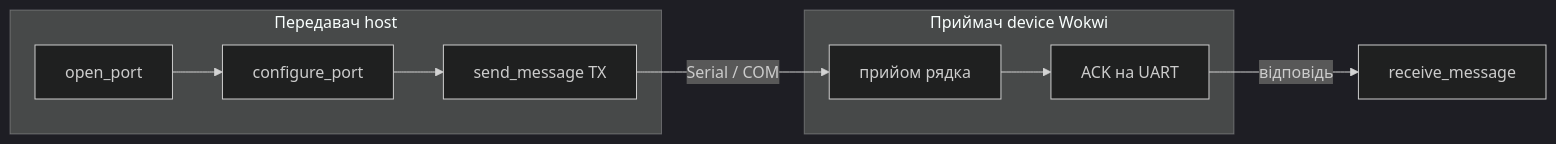
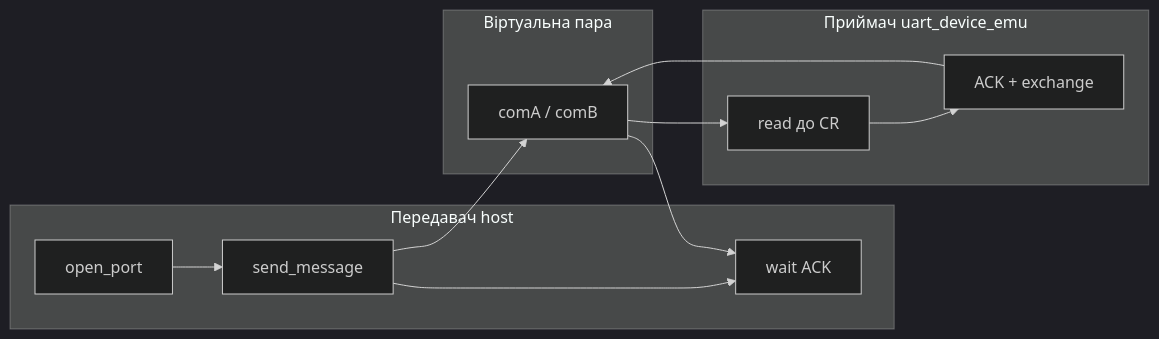
One commit to dmytro-kushnir/ppid-labs changed the first of 5 diagrams in docs/lab-praktikum-2026.md. Above: the diagram before and after it, drawn with Mermaid (dark theme). The commit also changed other lines of this file and 23 other files, not shown here.

````diff
--- a/docs/lab-praktikum-2026.md
+++ b/docs/lab-praktikum-2026.md
@@ -412,12 +421,15 @@
 ```mermaid
 flowchart LR
   subgraph tx [Передавач host]
-    H1[open_port] --> H2[configure_port]
-    H2 --> H3[send_message TX]
+    H1[open_port] --> H2[send_message]
+    H2 --> H3[wait ACK]
   end
-  subgraph rx [Приймач device Wokwi]
-    W1[прийом рядка] --> W2[ACK на UART]
+  subgraph bridge [Віртуальна пара]
+    P[comA / comB]
   end
-  H3 -->|Serial / COM| W1
-  W2 -->|відповідь| H4[receive_message]
+  subgraph rx [Приймач uart_device_emu]
+    W1[read до CR] --> W2[ACK + exchange]
+  end
+  H2 --> P --> W1
+  W2 --> P --> H3
 ```
````
